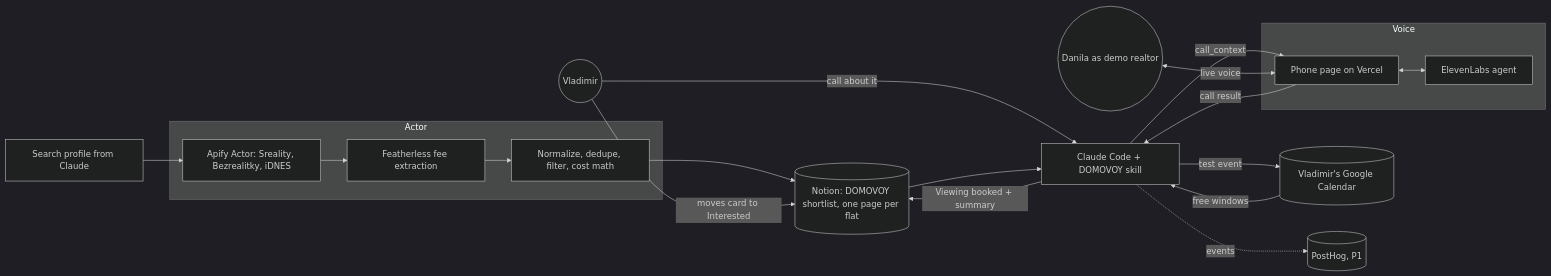
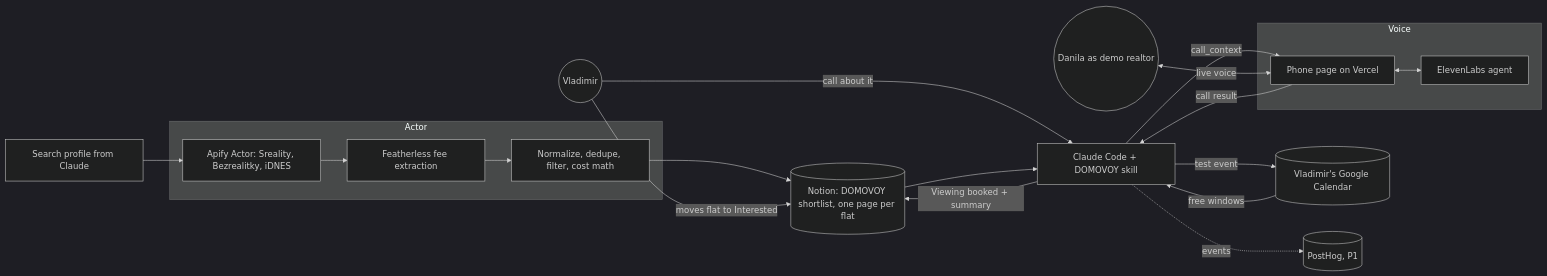
The first of 2 diagrams in docs/prd/README.md (Skilux/domovoy), drawn with Mermaid (dark theme) before and after one commit. The commit also changed other lines of this file and 8 other files, not shown here.

````diff
--- a/docs/prd/README.md
+++ b/docs/prd/README.md
@@ -24,22 +24,22 @@
 ```mermaid
 flowchart LR
   Pr[Search profile from Claude] --> A
   subgraph Actor
     A[Apify Actor: Sreality, Bezrealitky, iDNES] --> B[Featherless fee extraction]
     B --> C[Normalize, dedupe, filter, cost math]
   end
   C --> F[(Notion: DOMOVOY shortlist, one page per flat)]
-  V((Vladimir)) -- moves card to Interested --> F
+  V((Vladimir)) -- moves flat to Interested --> F
   V -- "call about it" --> S[Claude Code + DOMOVOY skill]
   F --> S
   G[(Vladimir's Google Calendar)] -- free windows --> S
   subgraph Voice
     P[Phone page on Vercel] <--> EL[ElevenLabs agent]
   end
   S -- call_context --> P
   R((Danila as demo realtor)) <-- live voice --> P
   P -- call result --> S
   S -- Viewing booked + summary --> F
   S -- test event --> G
   S -. events .-> PH[(PostHog, P1)]
 ```
````
